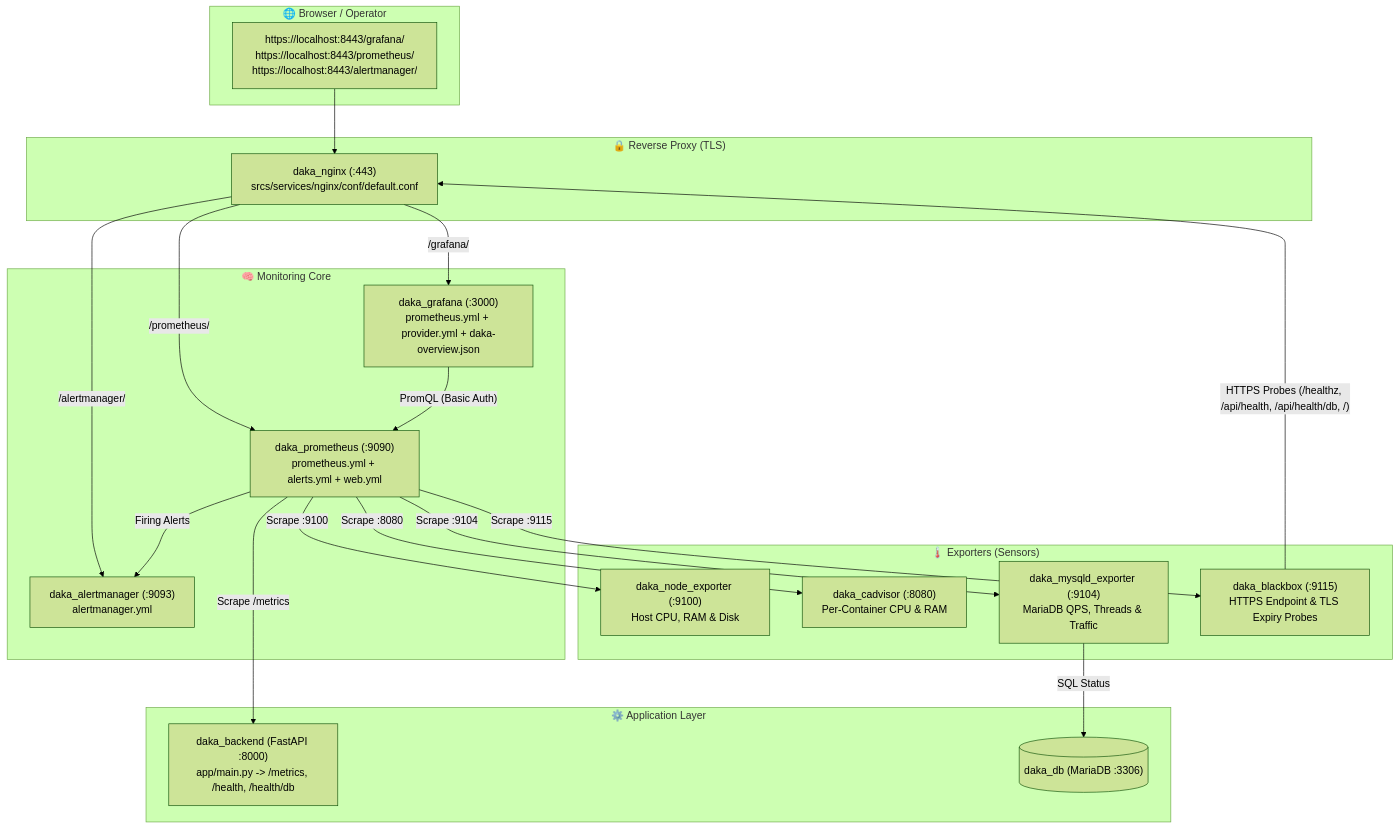
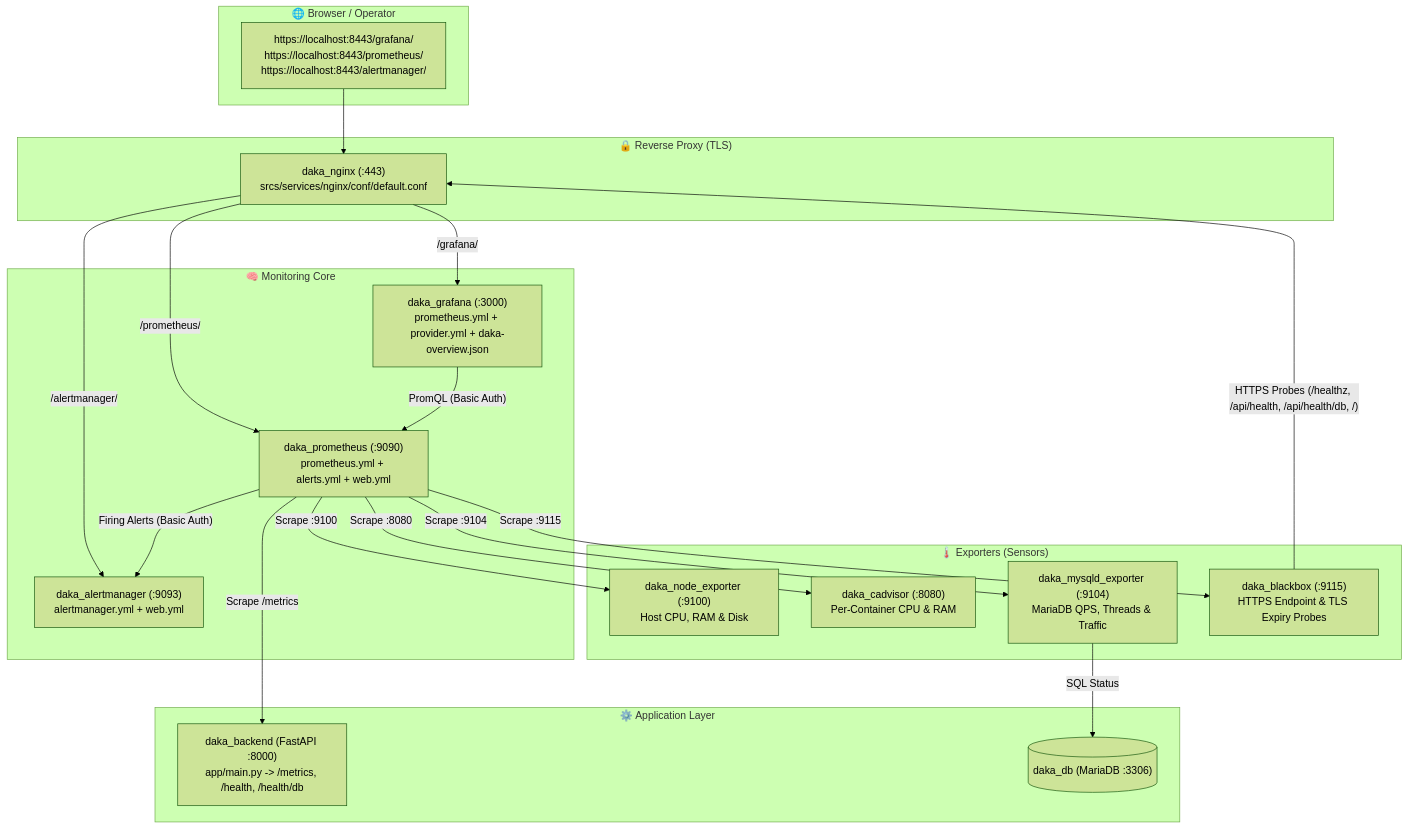
One commit to djunho/daka changed the second of 3 diagrams in docs/development/observability.md. Above: the diagram before and after it, drawn with Mermaid (forest theme). The commit also changed other lines of this file, not shown here.

First line of the commit message:
DOCS/observability: document Alertmanager Basic Auth and internal metrics.

````diff
--- a/docs/development/observability.md
+++ b/docs/development/observability.md
@@ -56,45 +56,45 @@
 ```mermaid
 flowchart TD
     subgraph Browser["🌐 Browser / Operator"]
         U["https://localhost:8443/grafana/<br/>https://localhost:8443/prometheus/<br/>https://localhost:8443/alertmanager/"]
     end
 
     subgraph Edge["🔒 Reverse Proxy (TLS)"]
         N["daka_nginx (:443)<br/>srcs/services/nginx/conf/default.conf"]
     end
 
     subgraph App["⚙️ Application Layer"]
         B["daka_backend (FastAPI :8000)<br/>app/main.py -> /metrics, /health, /health/db"]
         DB[("daka_db (MariaDB :3306)")]
     end
 
     subgraph Exporters["🌡️ Exporters (Sensors)"]
         NE["daka_node_exporter (:9100)<br/>Host CPU, RAM & Disk"]
         CA["daka_cadvisor (:8080)<br/>Per-Container CPU & RAM"]
         ME["daka_mysqld_exporter (:9104)<br/>MariaDB QPS, Threads & Traffic"]
         BB["daka_blackbox (:9115)<br/>HTTPS Endpoint & TLS Expiry Probes"]
     end
 
     subgraph Observability["🧠 Monitoring Core"]
         PR["daka_prometheus (:9090)<br/>prometheus.yml + alerts.yml + web.yml"]
-        AM["daka_alertmanager (:9093)<br/>alertmanager.yml"]
+        AM["daka_alertmanager (:9093)<br/>alertmanager.yml + web.yml"]
         GR["daka_grafana (:3000)<br/>prometheus.yml + provider.yml + daka-overview.json"]
     end
 
     U --> N
     N -- "/grafana/" --> GR
     N -- "/prometheus/" --> PR
     N -- "/alertmanager/" --> AM
 
     GR -- "PromQL (Basic Auth)" --> PR
-    PR -- "Firing Alerts" --> AM
+    PR -- "Firing Alerts (Basic Auth)" --> AM
 
     PR -- "Scrape /metrics" --> B
     PR -- "Scrape :9100" --> NE
     PR -- "Scrape :8080" --> CA
     PR -- "Scrape :9104" --> ME
     PR -- "Scrape :9115" --> BB
 
     ME -- "SQL Status" --> DB
     BB -- "HTTPS Probes (/healthz, /api/health, /api/health/db, /)" --> N
 ```
````
